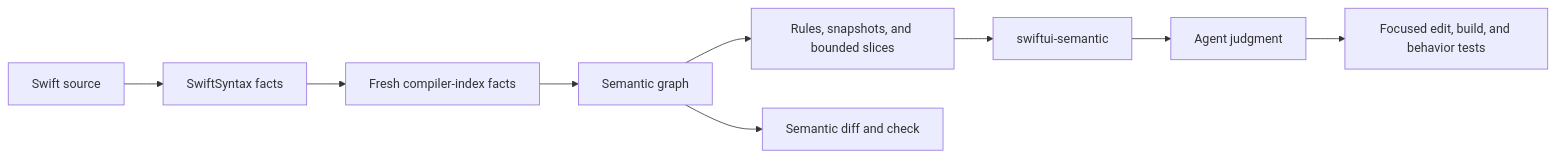
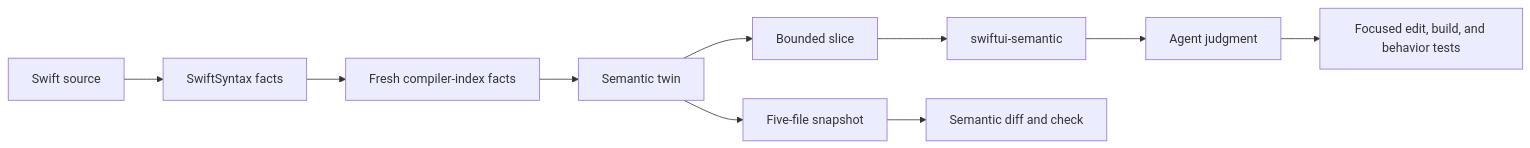
Before and after one commit to potapenko/swiftui-semantic-audit: the diagram in README.md, drawn with Mermaid. The commit also changed other lines of this file and 24 other files, not shown here.

Commit message:
Checkpoint semantic twin story pending visual QA

````diff
--- a/README.md
+++ b/README.md
@@ -125,11 +79,12 @@
 ```mermaid
 flowchart LR
     A[Swift source] --> B[SwiftSyntax facts]
     B --> C[Fresh compiler-index facts]
-    C --> D[Semantic graph]
-    D --> E[Rules, snapshots, and bounded slices]
+    C --> D[Semantic twin]
+    D --> E[Bounded slice]
     E --> F[swiftui-semantic]
     F --> G[Agent judgment]
     G --> H[Focused edit, build, and behavior tests]
-    D --> I[Semantic diff and check]
+    D --> I[Five-file snapshot]
+    I --> J[Semantic diff and check]
 ```
````
